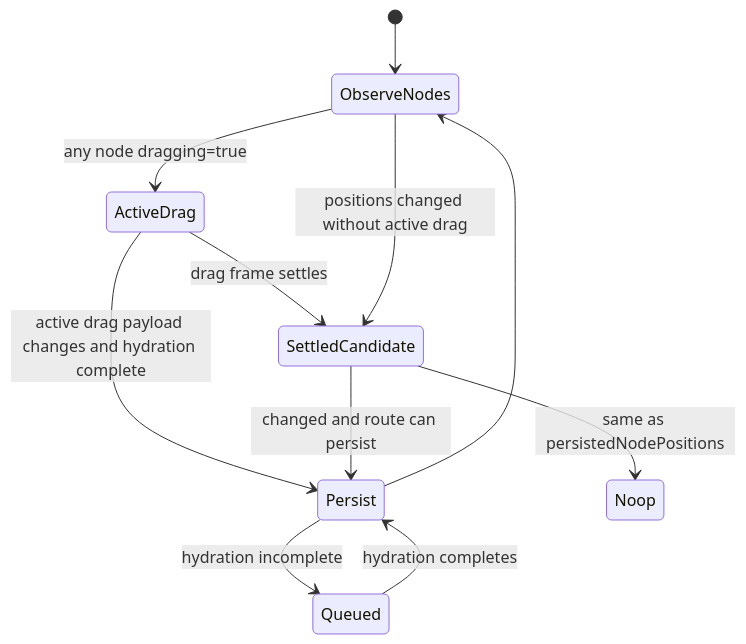
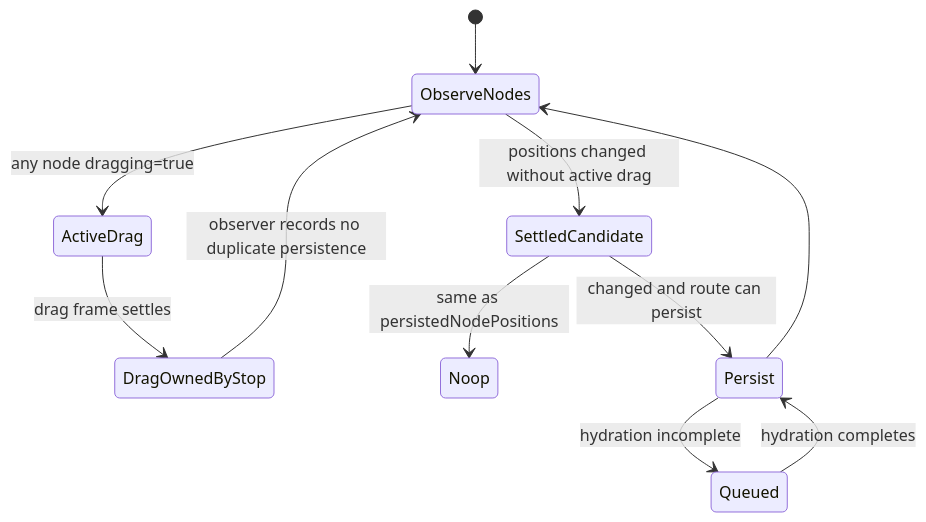
The third of 4 diagrams in docs/architecture/components/web/graph/canvas-layout-persistence-component.md (dunay2/dvt), drawn with Mermaid before and after one commit. The commit also changed other lines of this file and 7 other files, not shown here.

Commit message:
perf(web): Stop Canvas layout writes on drag frames (#2963) (#2966)

````diff
--- a/docs/architecture/components/web/graph/canvas-layout-persistence-component.md
+++ b/docs/architecture/components/web/graph/canvas-layout-persistence-component.md
@@ -154,13 +160,13 @@
 ```mermaid
 stateDiagram-v2
   [*] --> ObserveNodes
   ObserveNodes --> ActiveDrag: any node dragging=true
-  ActiveDrag --> Persist: active drag payload changes and hydration complete
-  ActiveDrag --> SettledCandidate: drag frame settles
+  ActiveDrag --> DragOwnedByStop: drag frame settles
+  DragOwnedByStop --> ObserveNodes: observer records no duplicate persistence
   ObserveNodes --> SettledCandidate: positions changed without active drag
   SettledCandidate --> Noop: same as persistedNodePositions
   SettledCandidate --> Persist: changed and route can persist
   Persist --> Queued: hydration incomplete
   Queued --> Persist: hydration completes
   Persist --> ObserveNodes
 ```
````
